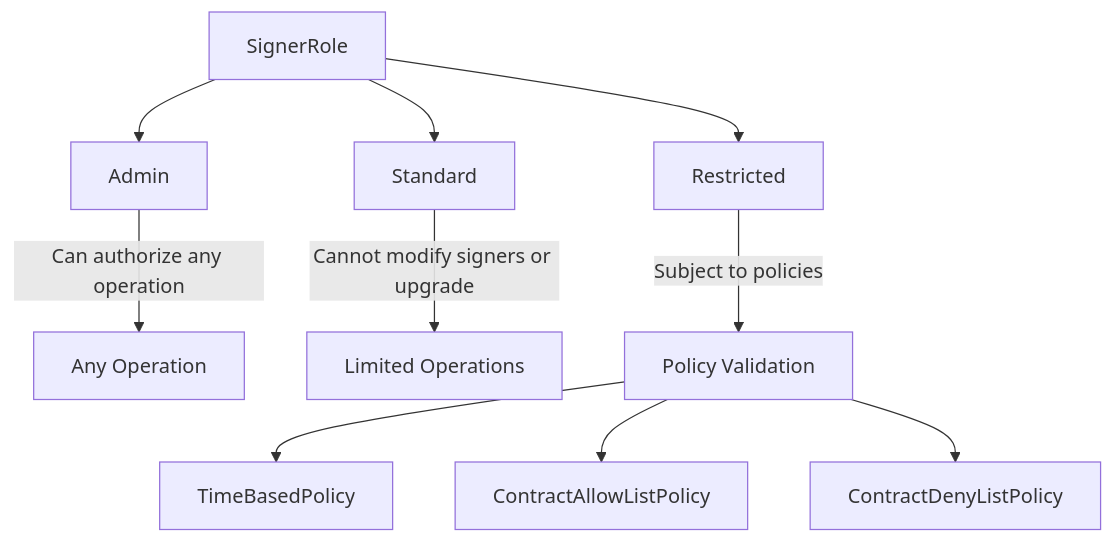
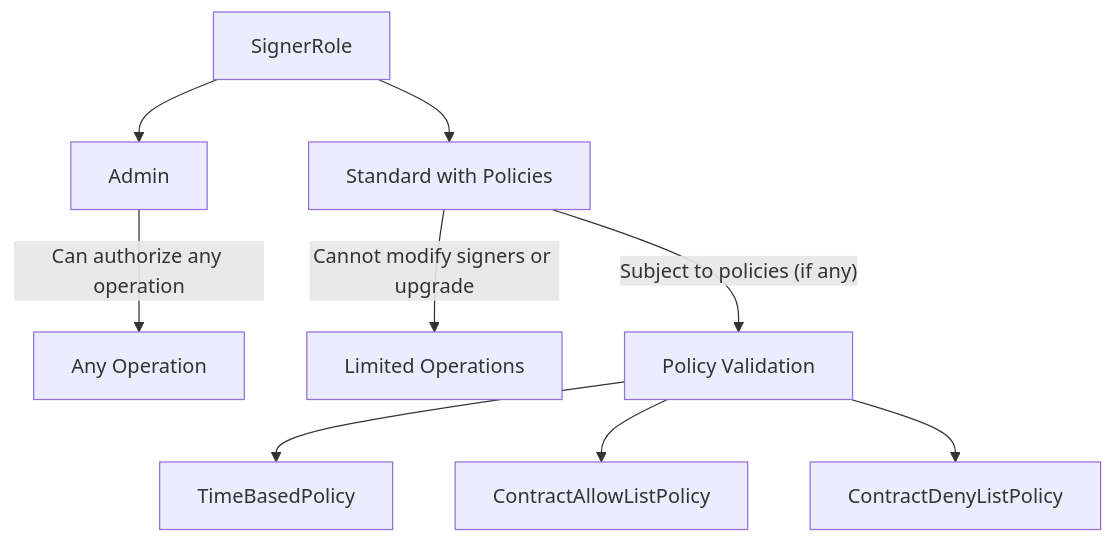
One commit to Crossmint/stellar-smart-account changed the second of 5 diagrams in contracts/smart-account/README.md. Above: the diagram before and after it, drawn with Mermaid. The commit also changed other lines of this file and 10 other files, not shown here.

First line of the commit message:
Consolidate signer roles: merge Restricted into Standard with policies (#62)

````diff
--- a/contracts/smart-account/README.md
+++ b/contracts/smart-account/README.md
@@ -147,14 +147,13 @@
 ```mermaid
 graph TD
     SR[SignerRole] --> Admin[Admin]
-    SR --> Standard[Standard]
-    SR --> Restricted[Restricted]
+    SR --> Standard[Standard with Policies]
     
     Admin --> |"Can authorize any operation"| AnyOp[Any Operation]
     Standard --> |"Cannot modify signers or upgrade"| LimitedOp[Limited Operations]
-    Restricted --> |"Subject to policies"| PolicyCheck[Policy Validation]
+    Standard --> |"Subject to policies (if any)"| PolicyCheck[Policy Validation]
     
     PolicyCheck --> TB[TimeBasedPolicy]
     PolicyCheck --> AL[ContractAllowListPolicy]
     PolicyCheck --> DL[ContractDenyListPolicy]
 ```
````
